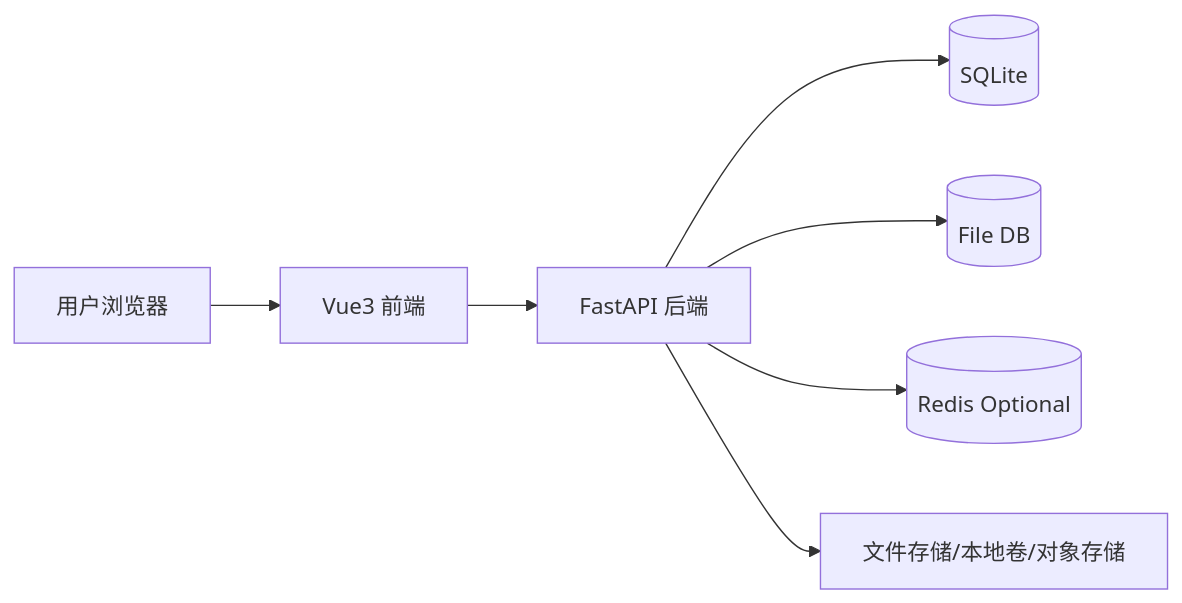
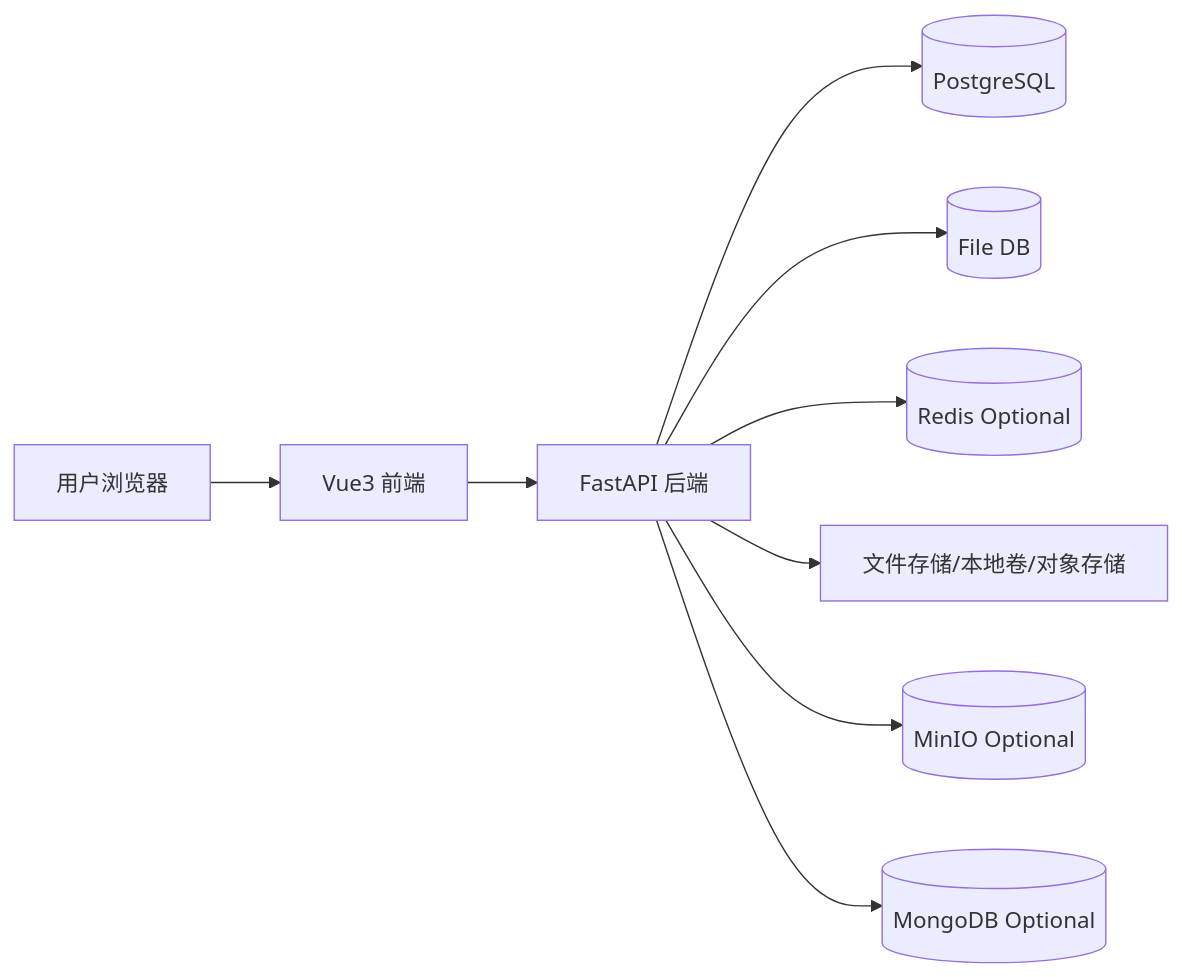
One commit to hushi19910329/ProjectTraceV1 changed the first of 2 diagrams in docs/系统架构文档.md. Above: the diagram before and after it, drawn with Mermaid. The commit also changed other lines of this file and 14 other files, not shown here.

Commit message:
Switch relational storage to PostgreSQL and sync configs/docs

````diff
--- a/docs/系统架构文档.md
+++ b/docs/系统架构文档.md
@@ -18,9 +18,11 @@
 ```mermaid
 flowchart LR
     U[用户浏览器] --> F[Vue3 前端]
     F --> B[FastAPI 后端]
-    B --> SQ[(SQLite)]
+    B --> PG[(PostgreSQL)]
     B --> FD[(File DB)]
     B --> R[(Redis Optional)]
     B --> FS[文件存储/本地卷/对象存储]
+    B --> M[(MinIO Optional)]
+    B --> MG[(MongoDB Optional)]
 ```
````
